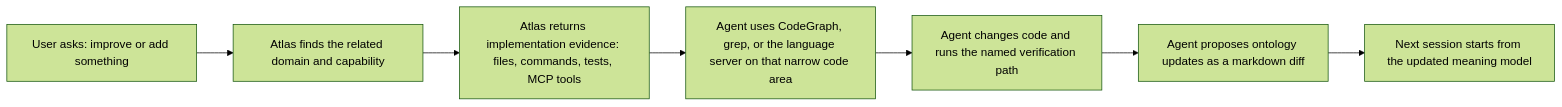
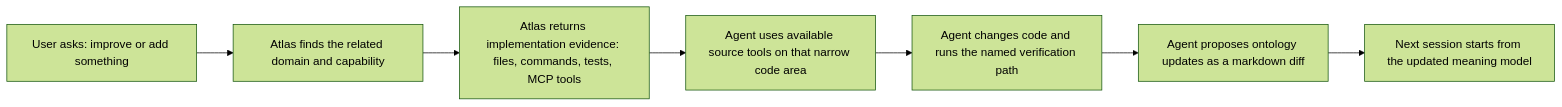
One commit to wlsdks/ontology-atlas changed the diagram in README.md. Above: the diagram before and after it, drawn with Mermaid (forest theme). The commit also changed other lines of this file and 30 other files, not shown here.

````diff
--- a/README.md
+++ b/README.md
@@ -73,9 +73,9 @@
 ```mermaid
 flowchart LR
   A["User asks: improve or add something"] --> B["Atlas finds the related domain and capability"]
   B --> C["Atlas returns implementation evidence: files, commands, tests, MCP tools"]
-  C --> D["Agent uses CodeGraph, grep, or the language server on that narrow code area"]
+  C --> D["Agent uses available source tools on that narrow code area"]
   D --> E["Agent changes code and runs the named verification path"]
   E --> F["Agent proposes ontology updates as a markdown diff"]
   F --> G["Next session starts from the updated meaning model"]
 ```
````
